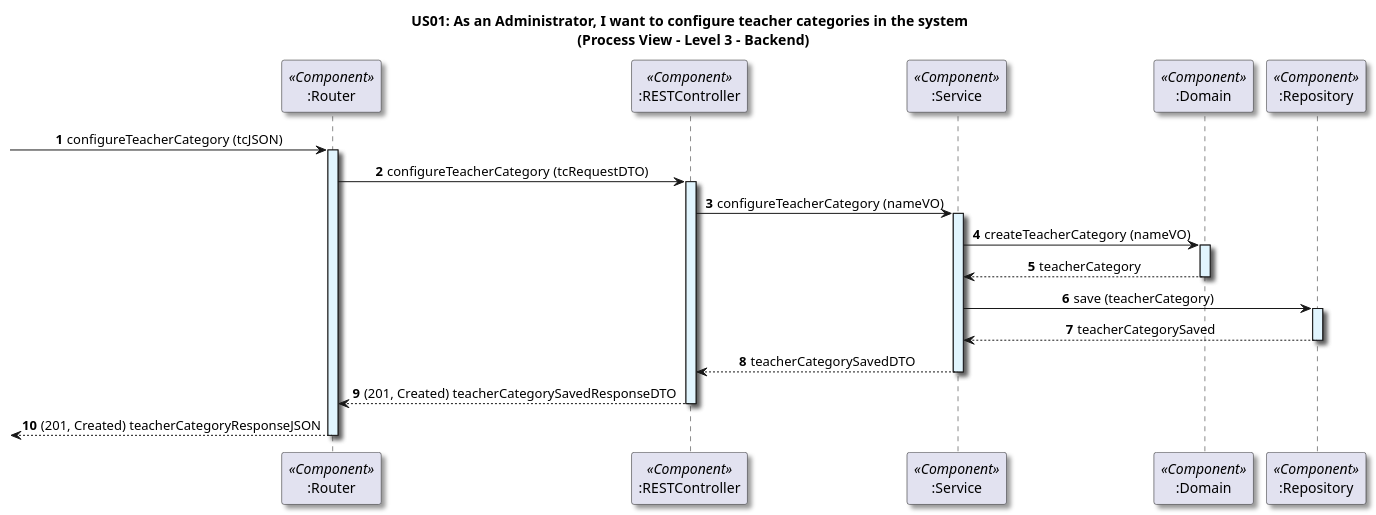
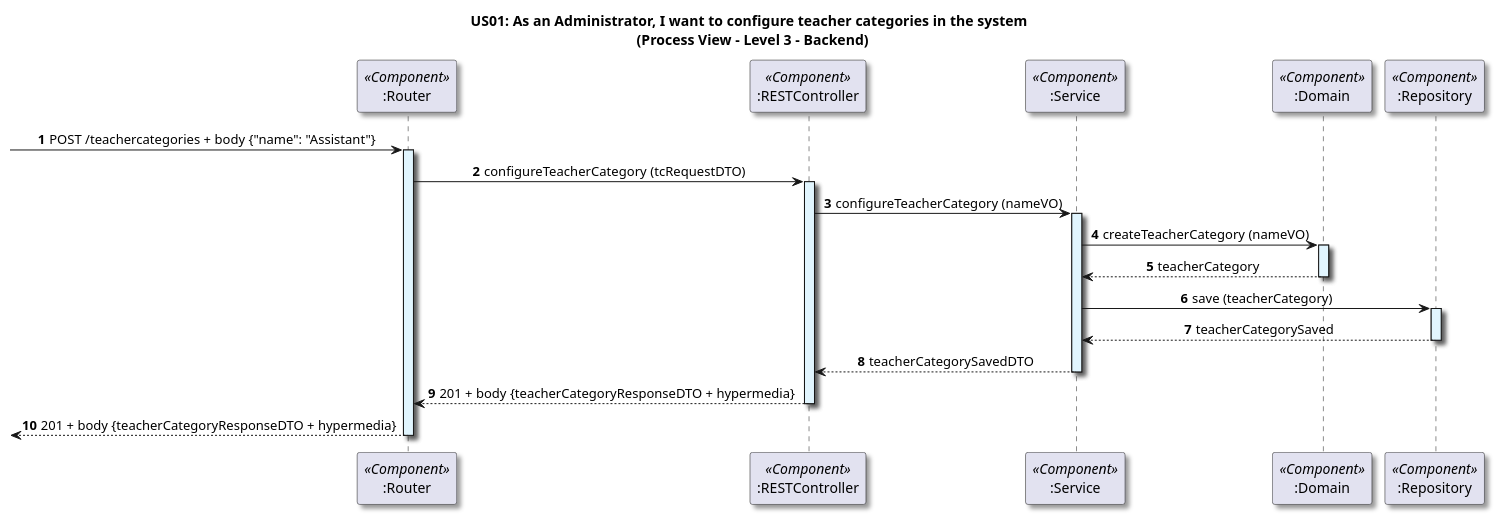
One commit to GasparISEP/DevOps-PAI changed the diagram in docs/US01/Sprint6_RestAPI/ProcessView/Level3.puml. Above: the diagram before and after it, drawn with PlantUML. The commit also changed 2 other files, not shown here.

Commit message:
refactor (diagrams): update L2 and L3 process view and L4 scenario view diagrams  - improved message descriptions with HTTP methods and status codes. Closes #649

```diff
--- a/docs/US01/Sprint6_RestAPI/ProcessView/Level3.puml
+++ b/docs/US01/Sprint6_RestAPI/ProcessView/Level3.puml
@@ -1,46 +1,46 @@
 @startuml
 
 title US01: As an Administrator, I want to configure teacher categories in the system \n (Process View - Level 3 - Backend)
 
 skinparam defaultTextAlignment center
 skinparam shadowing true
 
 autonumber
 
 participant ":Router" as router <<Component>>
 participant ":RESTController" as controller <<Component>>
 participant ":Service" as service <<Component>>
 participant ":Domain" as domain <<Component>>
 participant ":Repository" as repository <<Component>>
 
--> router: configureTeacherCategory (tcJSON)
+-> router: POST /teachercategories + body {"name": "Assistant"}
 activate router #E1F5FE
 
 router -> controller: configureTeacherCategory (tcRequestDTO)
 activate controller #E1F5FE
 
 controller -> service: configureTeacherCategory (nameVO)
 activate service #E1F5FE
 
 service -> domain: createTeacherCategory (nameVO)
 activate domain #E1F5FE
 
 domain --> service: teacherCategory
 deactivate domain
 
 service -> repository: save (teacherCategory)
 activate repository #E1F5FE
 
 repository --> service: teacherCategorySaved
 deactivate repository
 
 service --> controller: teacherCategorySavedDTO
 deactivate service
 
-controller --> router: (201, Created) teacherCategorySavedResponseDTO
+controller --> router: 201 + body {teacherCategoryResponseDTO + hypermedia}
 deactivate controller
 
-<-- router: (201, Created) teacherCategoryResponseJSON
+<-- router: 201 + body {teacherCategoryResponseDTO + hypermedia}
 deactivate router
 
 @enduml
```
